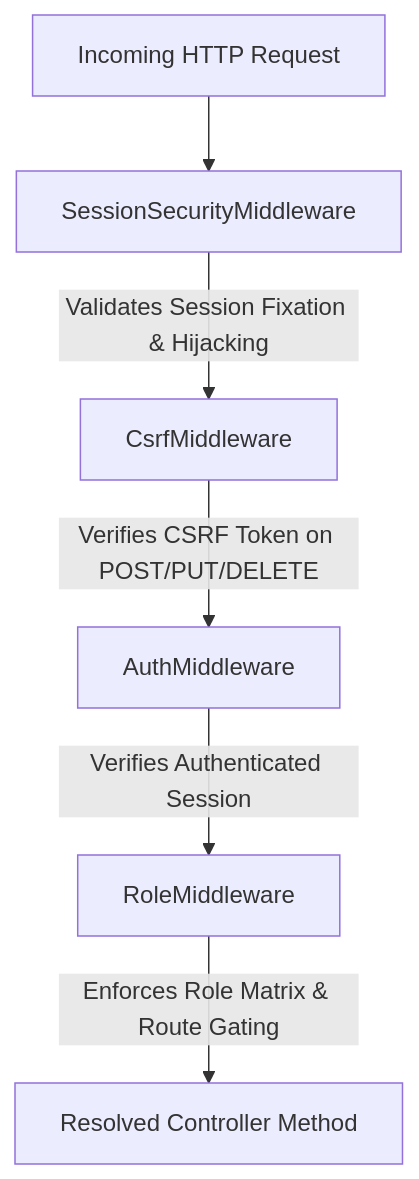
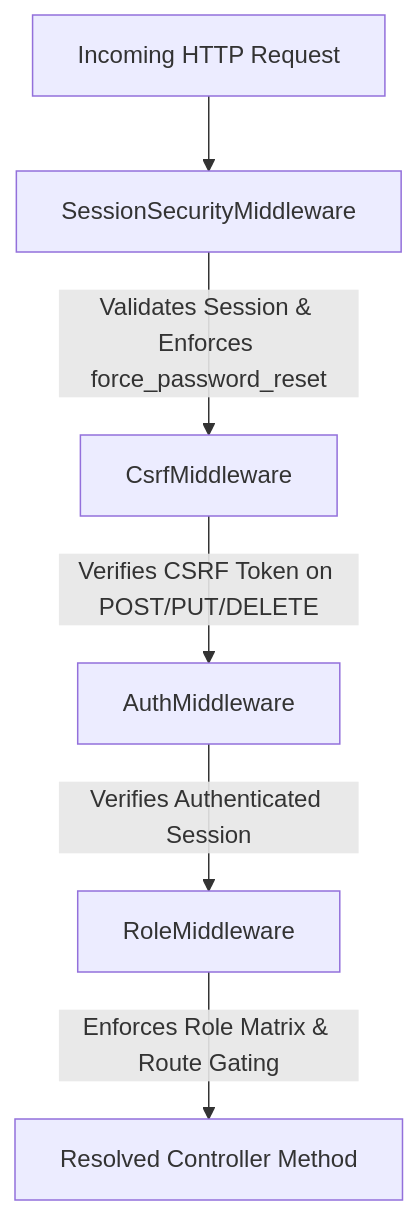
The diagram in docs/obsidian/07 - Security/Security Overview.md (enujdanielle6-web/TTU_enrollment_system), drawn with Mermaid before and after one commit. The commit also changed other lines of this file and 93 other files, not shown here.

````diff
--- a/docs/obsidian/07 - Security/Security Overview.md
+++ b/docs/obsidian/07 - Security/Security Overview.md
@@ -18,8 +19,8 @@
 ```mermaid
 flowchart TD
     Req[Incoming HTTP Request] --> M1[SessionSecurityMiddleware]
-    M1 -->|Validates Session Fixation & Hijacking| M2[CsrfMiddleware]
+    M1 -->|Validates Session & Enforces force_password_reset| M2[CsrfMiddleware]
     M2 -->|Verifies CSRF Token on POST/PUT/DELETE| M3[AuthMiddleware]
     M3 -->|Verifies Authenticated Session| M4[RoleMiddleware]
     M4 -->|Enforces Role Matrix & Route Gating| Controller[Resolved Controller Method]
 ```
````
